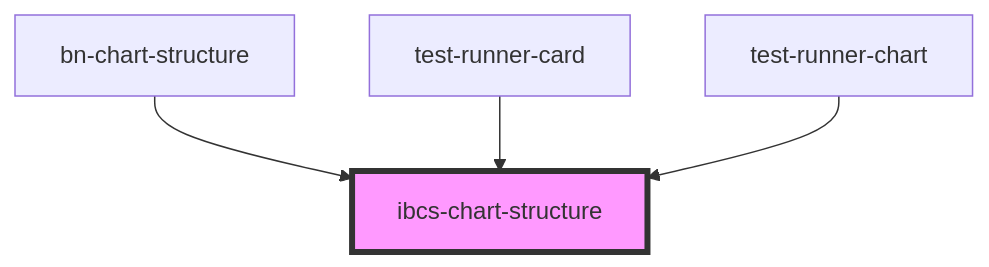
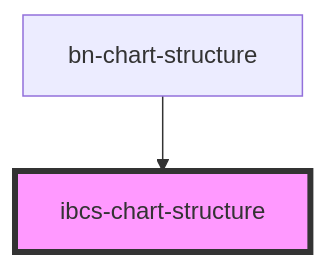
Before and after one commit to bino-bi/bn-template-engine: the diagram in src/components/bn-chart-structure/readme.md, drawn with Mermaid. The commit also changed other lines of this file and 17 other files, not shown here.

Commit message:
feat: remove test-runner-time and test-runner-title components

````diff
--- a/src/components/bn-chart-structure/readme.md
+++ b/src/components/bn-chart-structure/readme.md
@@ -139,7 +137,5 @@
 ```mermaid
 graph TD;
   bn-chart-structure --> ibcs-chart-structure
-  test-runner-card --> ibcs-chart-structure
-  test-runner-chart --> ibcs-chart-structure
   style ibcs-chart-structure fill:#f9f,stroke:#333,stroke-width:4px
 ```
````
